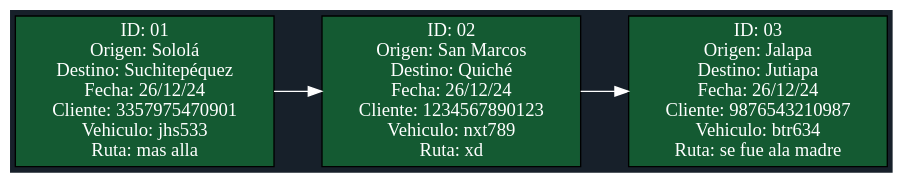
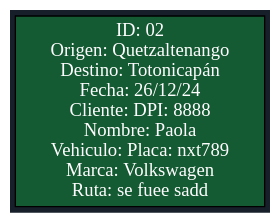
The diagram in Rapidito/Lista_Viajes.dot (Marco131-xel/Edd_Proyecto2), drawn with Graphviz before and after one commit. The commit also changed 16 other files, not shown here.

```diff
--- a/Rapidito/Lista_Viajes.dot
+++ b/Rapidito/Lista_Viajes.dot
@@ -1,11 +1,7 @@
 digraph G {
 rankdir=LR;
 bgcolor="#17202a";
 node [shape=record, style=filled, fillcolor="#145a32", fontcolor="white"];
 edge [color="white"];
-nodo0 [label="ID: 01\nOrigen: Sololá\nDestino: Suchitepéquez\nFecha: 26/12/24\nCliente: 3357975470901\nVehiculo: jhs533\nRuta: mas alla"];
-nodo1 [label="ID: 02\nOrigen: San Marcos\nDestino: Quiché\nFecha: 26/12/24\nCliente: 1234567890123\nVehiculo: nxt789\nRuta: xd"];
-nodo2 [label="ID: 03\nOrigen: Jalapa\nDestino: Jutiapa\nFecha: 26/12/24\nCliente: 9876543210987\nVehiculo: btr634\nRuta: se fue ala madre"];
-nodo0 -> nodo1;
-nodo1 -> nodo2;
+nodo0 [label="ID: 02\nOrigen: Quetzaltenango\nDestino: Totonicapán\nFecha: 26/12/24\nCliente: DPI: 8888\nNombre: Paola\nVehiculo: Placa: nxt789\nMarca: Volkswagen\nRuta: se fuee sadd"];
 }
```
